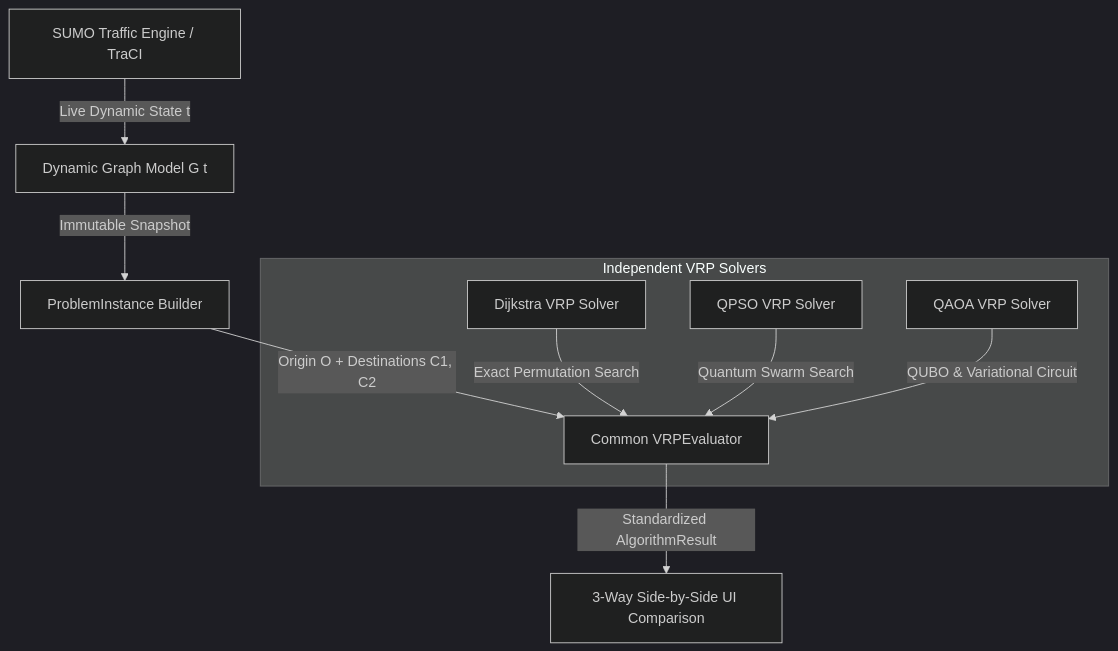
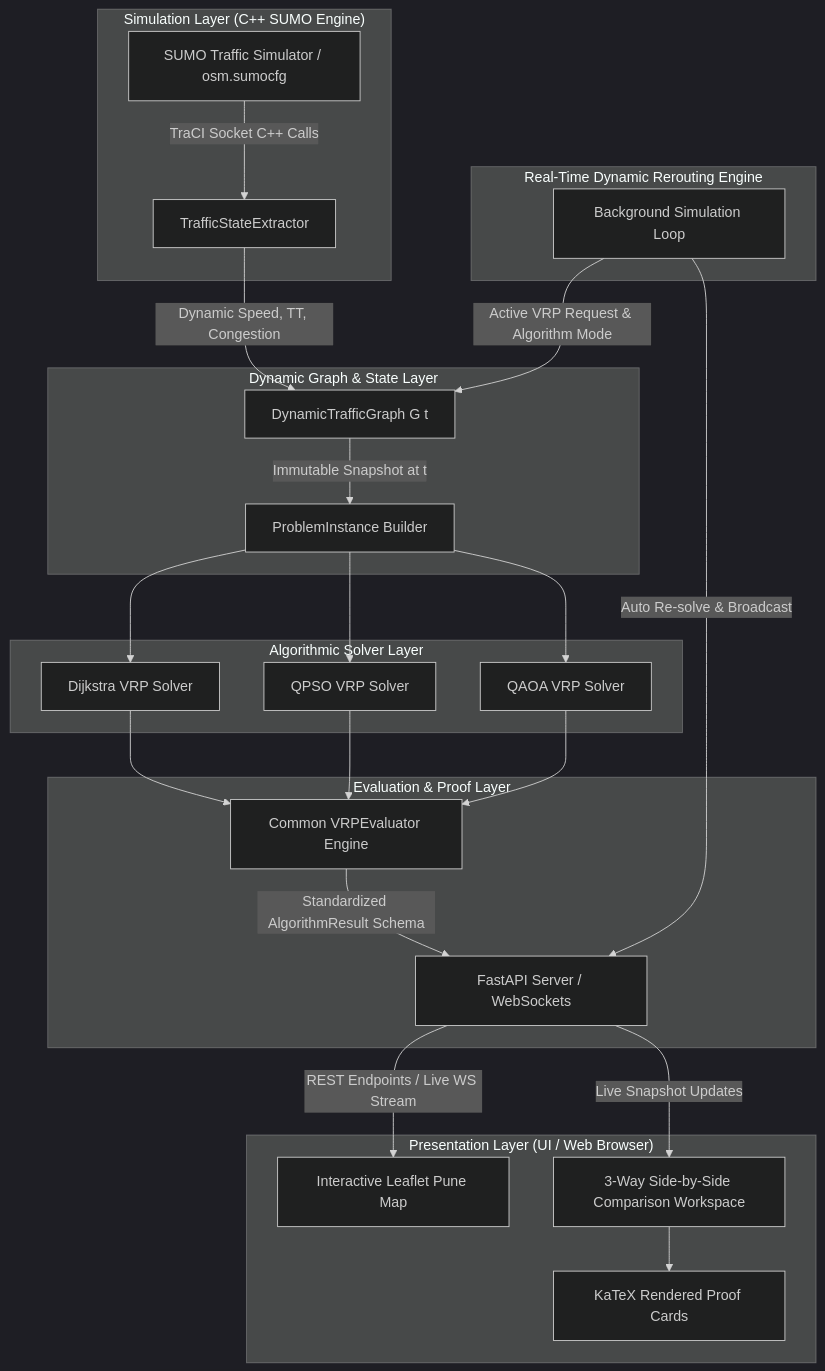
Before and after one commit to siht066margai/Quantum-Inspired-Vehicle-Routing-Problem-Solution: the diagram in 2026-09-07-14-34-19/README.md, drawn with Mermaid (dark theme). The commit also changed other lines of this file, not shown here.

````diff
--- a/2026-09-07-14-34-19/README.md
+++ b/2026-09-07-14-34-19/README.md
@@ -13,14 +13,35 @@
 ```mermaid
 flowchart TD
-    A[SUMO Traffic Engine / TraCI] -->|Live Dynamic State t| B[Dynamic Graph Model G t ]
-    B -->|Immutable Snapshot| C[ProblemInstance Builder]
-    C -->|Origin O + Destinations C1, C2| D[Common VRPEvaluator]
-
-    subgraph "Independent VRP Solvers"
-        E[Dijkstra VRP Solver] -->|Exact Permutation Search| D
-        F[QPSO VRP Solver] -->|Quantum Swarm Search| D
-        G[QAOA VRP Solver] -->|QUBO & Variational Circuit| D
+    subgraph "Simulation Layer (C++ SUMO Engine)"
+        A[SUMO Traffic Simulator / osm.sumocfg] -->|TraCI Socket C++ Calls| B[TrafficStateExtractor]
     end
 
-    D -->|Standardized AlgorithmResult| H[3-Way Side-by-Side UI Comparison]
+    subgraph "Dynamic Graph & State Layer"
+        B -->|Dynamic Speed, TT, Congestion| C[DynamicTrafficGraph G t ]
+        C -->|Immutable Snapshot at t| D[ProblemInstance Builder]
+    end
+
+    subgraph "Algorithmic Solver Layer"
+        D --> E[Dijkstra VRP Solver]
+        D --> F[QPSO VRP Solver]
+        D --> G[QAOA VRP Solver]
+    end
+
+    subgraph "Evaluation & Proof Layer"
+        E --> H[Common VRPEvaluator Engine]
+        F --> H
+        G --> H
+        H -->|Standardized AlgorithmResult Schema| I[FastAPI Server / WebSockets]
+    end
+
+    subgraph "Presentation Layer (UI / Web Browser)"
+        I -->|REST Endpoints / Live WS Stream| J[Interactive Leaflet Pune Map]
+        I -->|Live Snapshot Updates| K[3-Way Side-by-Side Comparison Workspace]
+        K --> L[KaTeX Rendered Proof Cards]
+    end
+
+    subgraph "Real-Time Dynamic Rerouting Engine"
+        M[Background Simulation Loop] -->|Active VRP Request & Algorithm Mode| C
+        M -->|Auto Re-solve & Broadcast| I
+    end
 ```
````
